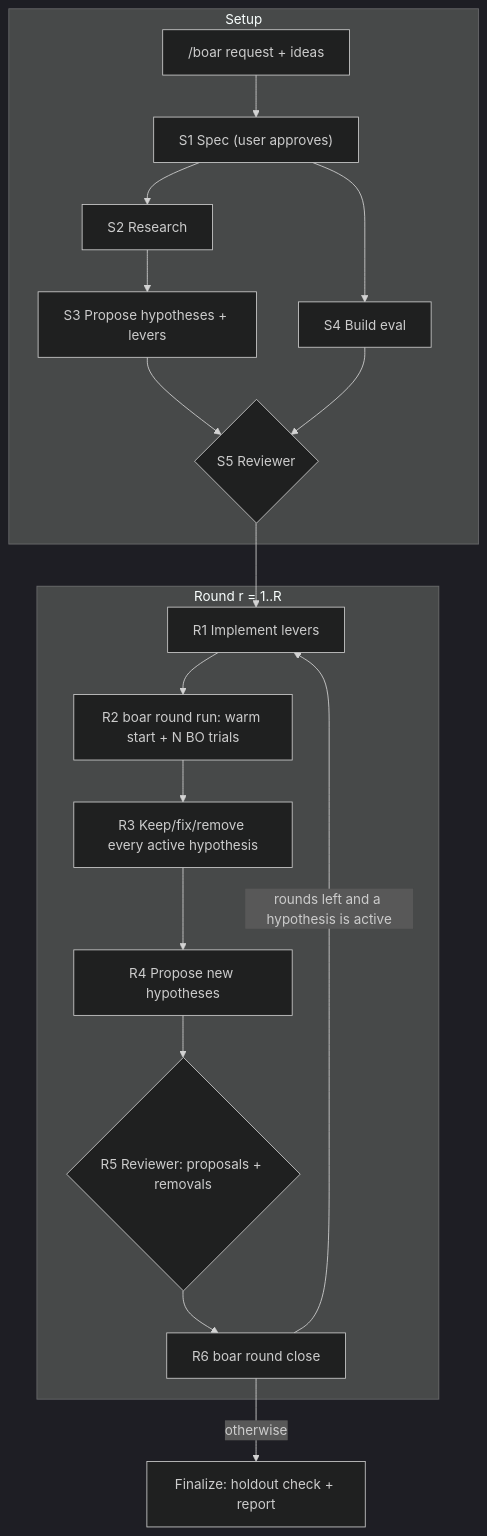
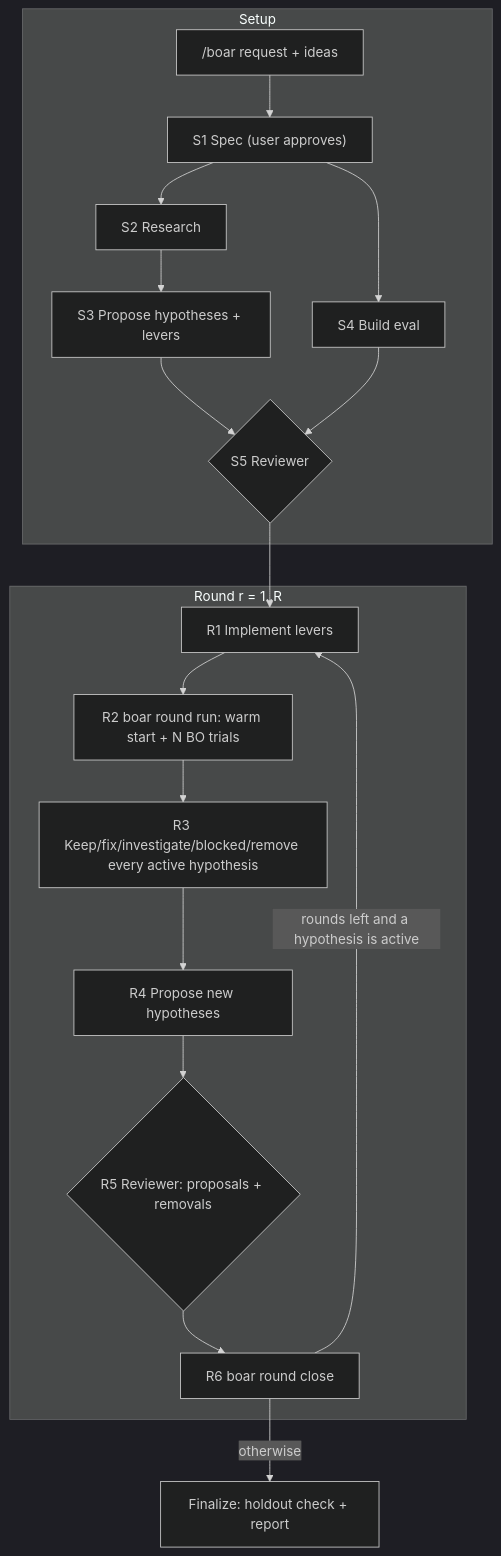
The diagram in design.md (upadhyan/bo-autoresearch), drawn with Mermaid (dark theme) before and after one commit. The commit also changed other lines of this file and 23 other files, not shown here.

````diff
--- a/design.md
+++ b/design.md
@@ -43,21 +46,21 @@
 ```mermaid
 flowchart TD
     subgraph Setup
         A["/boar request + ideas"] --> S1["S1 Spec (user approves)"]
         S1 --> S2[S2 Research]
         S2 --> S3[S3 Propose hypotheses + levers]
         S1 --> S4[S4 Build eval]
         S3 --> S5{S5 Reviewer}
         S4 --> S5
     end
     subgraph Round["Round r = 1..R"]
         R1[R1 Implement levers] --> R2["R2 boar round run: warm start + N BO trials"]
-        R2 --> R3[R3 Keep/fix/remove every active hypothesis]
+        R2 --> R3[R3 Keep/fix/investigate/blocked/remove every active hypothesis]
         R3 --> R4[R4 Propose new hypotheses]
         R4 --> R5{"R5 Reviewer: proposals + removals"}
         R5 --> R6["R6 boar round close"]
     end
     S5 --> R1
     R6 -->|rounds left and a hypothesis is active| R1
     R6 -->|otherwise| F["Finalize: holdout check + report"]
 ```
````
